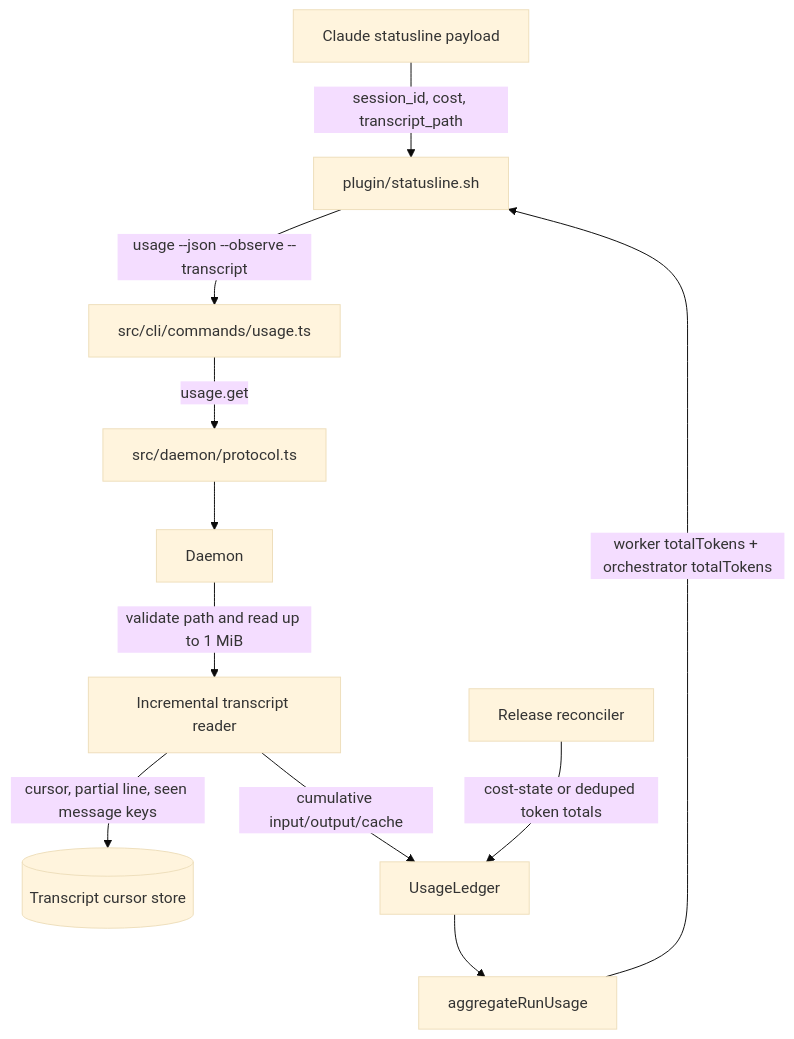
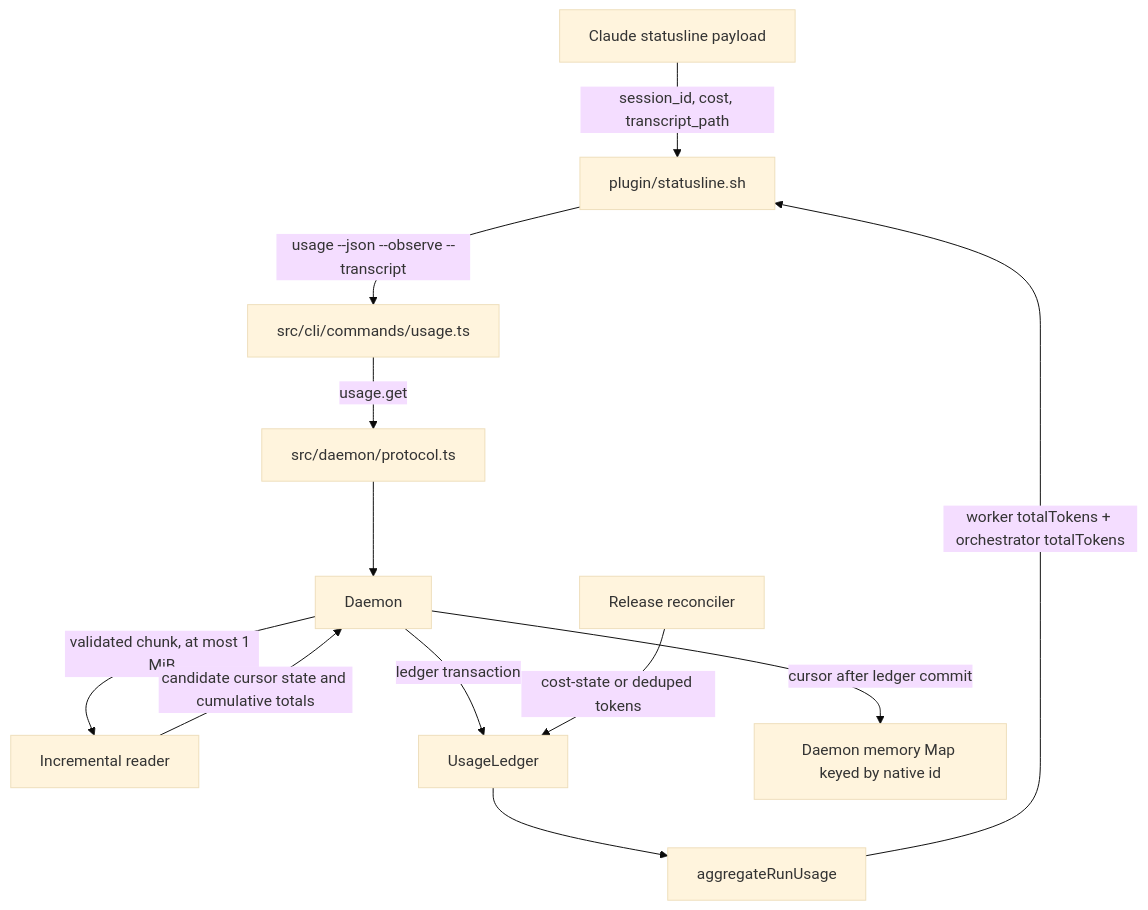
The diagram in .specs/features/orchestrator-live-tokens/design.md (4ndreello/codedeck), drawn with Mermaid (base theme) before and after one commit. The commit also changed other lines of this file and 2 other files, not shown here.

First line of the commit message:
docs(usage): Simplify live tokens design and add tasks

````diff
--- a/.specs/features/orchestrator-live-tokens/design.md
+++ b/.specs/features/orchestrator-live-tokens/design.md
@@ -12,13 +12,14 @@
 ```mermaid
 graph TD
     P[Claude statusline payload] -->|session_id, cost, transcript_path| S[plugin/statusline.sh]
     S -->|usage --json --observe --transcript| C[src/cli/commands/usage.ts]
     C -->|usage.get| I[src/daemon/protocol.ts]
     I --> D[Daemon]
-    D -->|validate path and read up to 1 MiB| T[Incremental transcript reader]
-    T -->|cursor, partial line, seen message keys| CS[(Transcript cursor store)]
-    T -->|cumulative input/output/cache| L[UsageLedger]
-    R[Release reconciler] -->|cost-state or deduped token totals| L
+    D -->|validated chunk, at most 1 MiB| R[Incremental reader]
+    R -->|candidate cursor state and cumulative totals| D
+    D -->|ledger transaction| L[UsageLedger]
+    D -->|cursor after ledger commit| M[Daemon memory Map keyed by native id]
+    Q[Release reconciler] -->|cost-state or deduped tokens| L
     L --> A[aggregateRunUsage]
     A -->|worker totalTokens + orchestrator totalTokens| S
 ```
````
